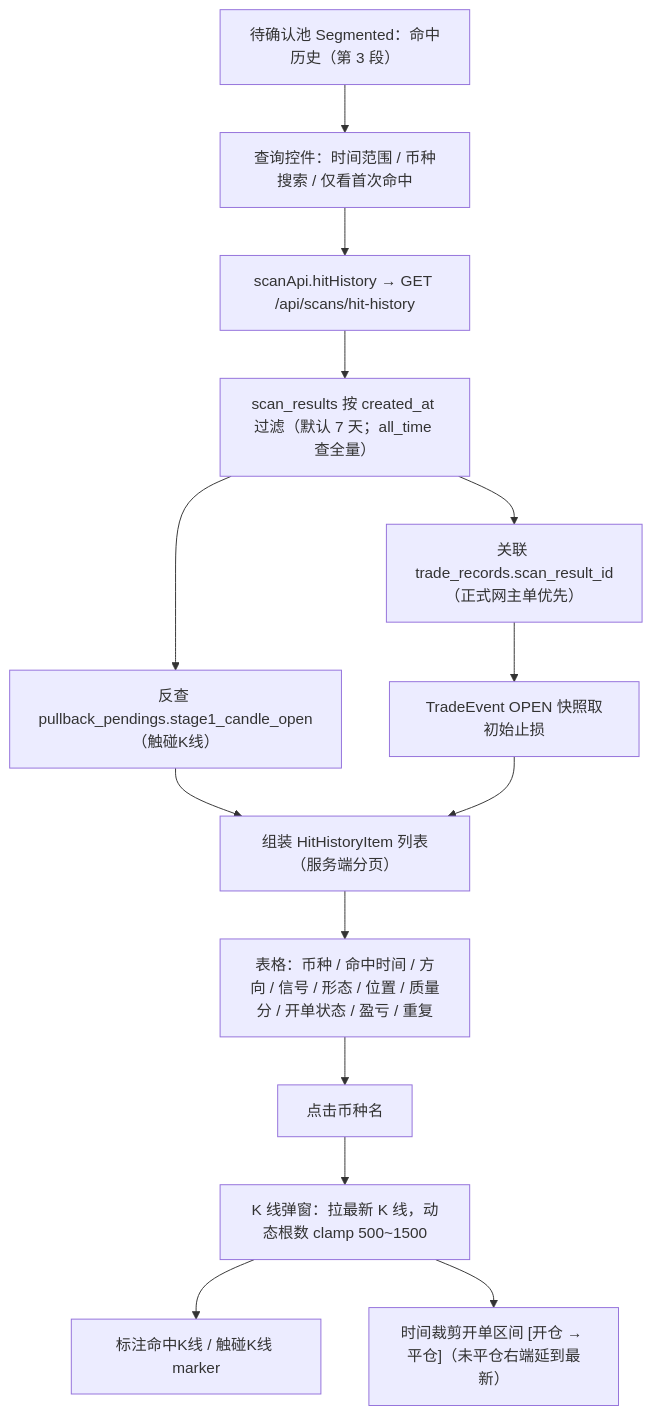
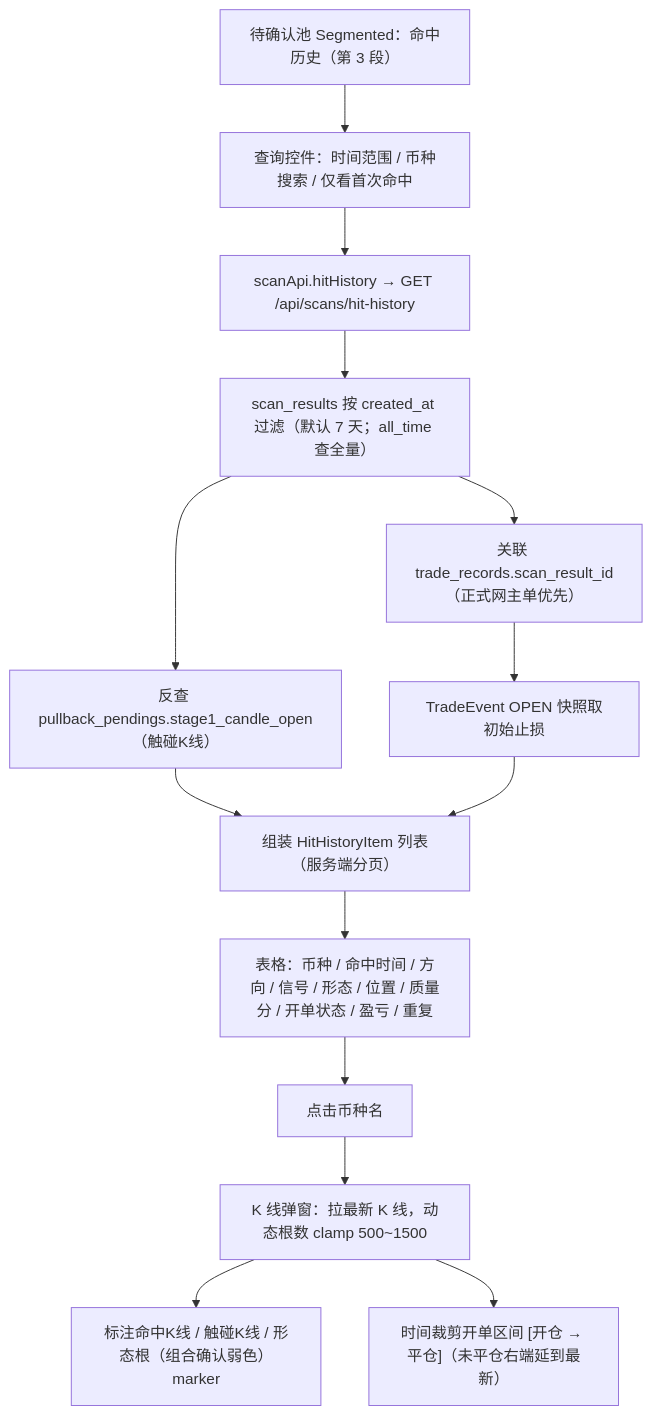
The first of 3 diagrams in docs/前端与查询/14-命中历史查询.md (wwei-github/trading-workbench), drawn with Mermaid before and after one commit. The commit also changed other lines of this file and 8 other files, not shown here.

````diff
--- a/docs/前端与查询/14-命中历史查询.md
+++ b/docs/前端与查询/14-命中历史查询.md
@@ -15,16 +15,16 @@
 ```mermaid
 flowchart TD
     A["待确认池 Segmented：命中历史（第 3 段）"] --> B["查询控件：时间范围 / 币种搜索 / 仅看首次命中"]
     B --> C["scanApi.hitHistory → GET /api/scans/hit-history"]
     C --> D["scan_results 按 created_at 过滤（默认 7 天；all_time 查全量）"]
     D --> E["反查 pullback_pendings.stage1_candle_open（触碰K线）"]
     D --> F["关联 trade_records.scan_result_id（正式网主单优先）"]
     F --> G["TradeEvent OPEN 快照取初始止损"]
     E --> H["组装 HitHistoryItem 列表（服务端分页）"]
     G --> H
     H --> I["表格：币种 / 命中时间 / 方向 / 信号 / 形态 / 位置 / 质量分 / 开单状态 / 盈亏 / 重复"]
     I --> J["点击币种名"]
     J --> K["K 线弹窗：拉最新 K 线，动态根数 clamp 500~1500"]
-    K --> L["标注命中K线 / 触碰K线 marker"]
+    K --> L["标注命中K线 / 触碰K线 / 形态根（组合确认弱色）marker"]
     K --> M["时间裁剪开单区间 [开仓 → 平仓]（未平仓右端延到最新）"]
 ```
````
